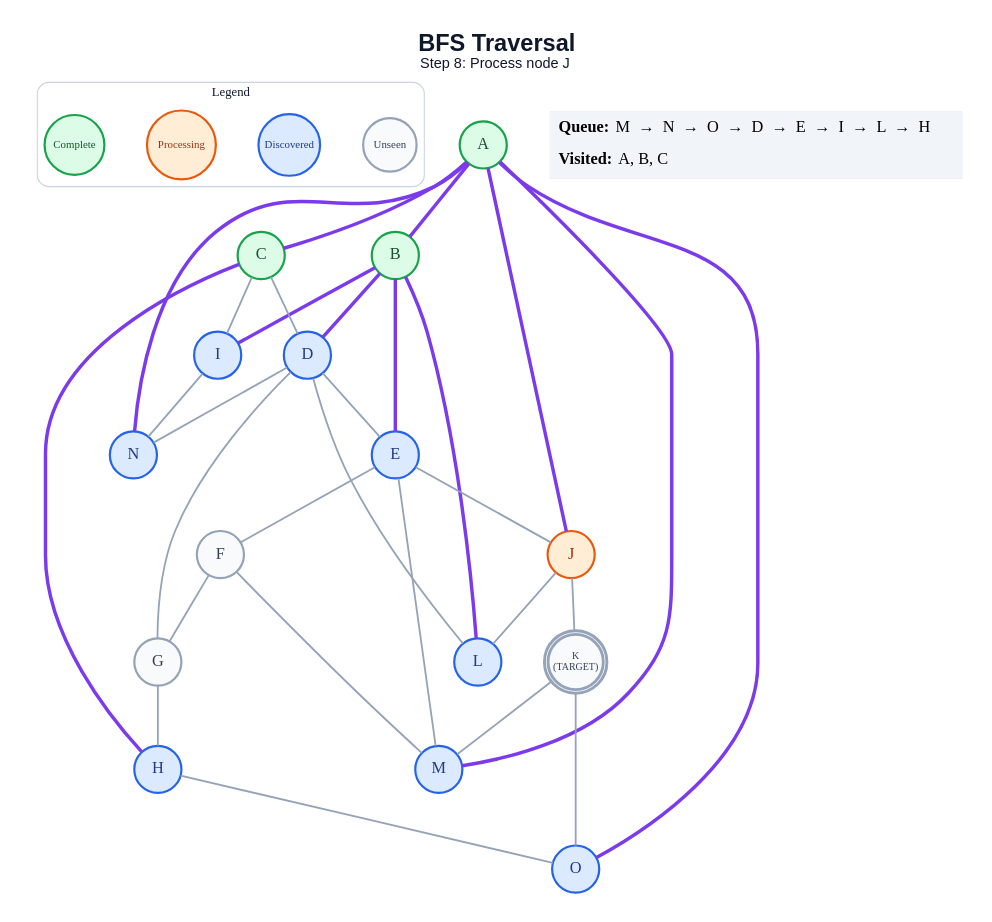
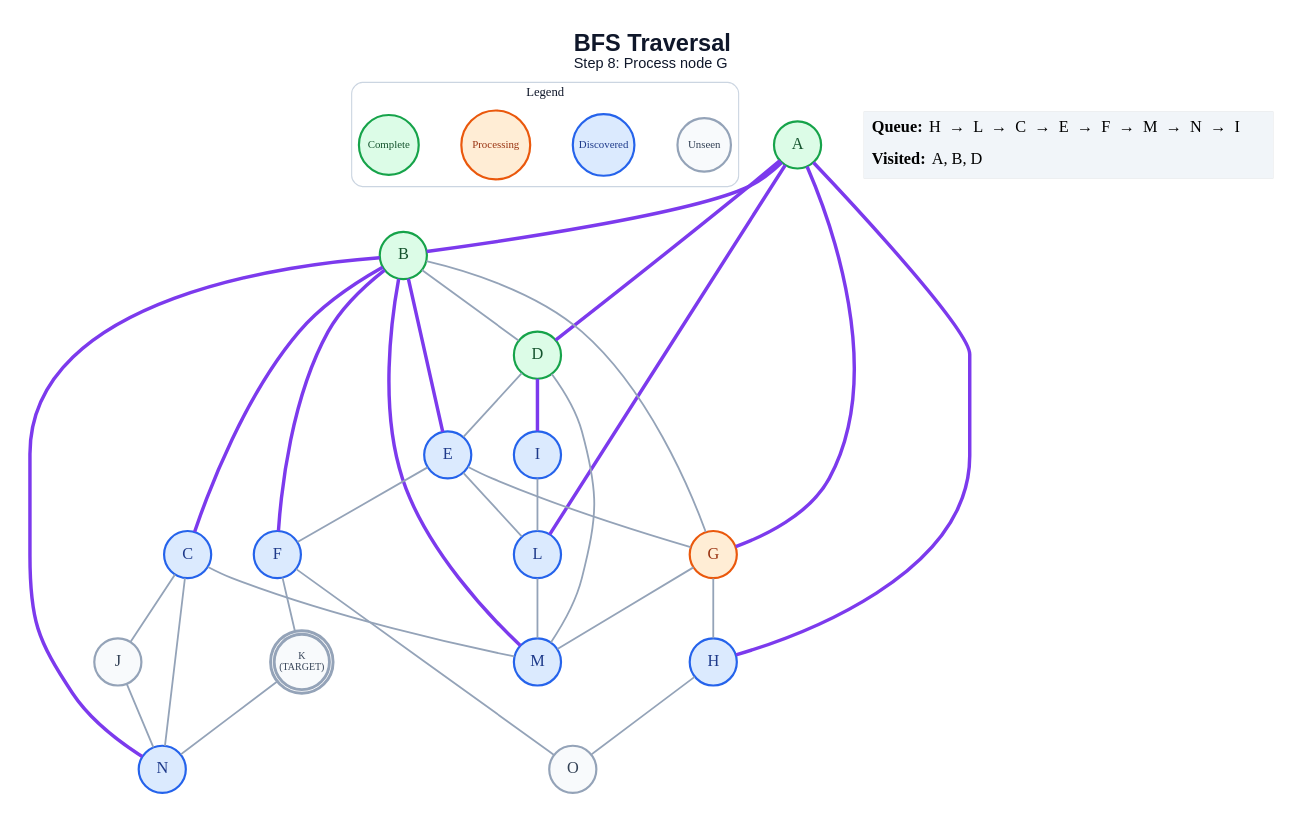
Before and after one commit to anon7238593-create/ai-slop: the diagram in generated/specific-node/bfs/step_08.dot, drawn with Graphviz. The commit also changed 328 other files, not shown here.

```diff
--- a/generated/specific-node/bfs/step_08.dot
+++ b/generated/specific-node/bfs/step_08.dot
@@ -1,63 +1,64 @@
 graph traversal {
   graph [layout=dot, rankdir=TB, bgcolor="#FFFFFF", pad="0.35", nodesep="0.65", ranksep="0.8", fontname="Arial"];
   node [shape=circle, style="filled", fontname="Arial Bold", fontsize=18, width=0.72, fixedsize=true, penwidth=2.4];
   edge [color="#94A3B8", penwidth=2.0];
-  label=<<B>BFS Traversal</B><BR/><FONT POINT-SIZE="16">Step 8: Process node J</FONT>>; labelloc="t"; fontsize=26; fontname="Arial"; fontcolor="#0F172A";
+  label=<<B>BFS Traversal</B><BR/><FONT POINT-SIZE="16">Step 8: Process node G</FONT>>; labelloc="t"; fontsize=26; fontname="Arial"; fontcolor="#0F172A";
   subgraph cluster_legend { label="Legend"; color="#CBD5E1"; penwidth=1.2; style="rounded"; fontsize=14; fontname="Arial Bold";
     key_unseen [label="Unseen", fillcolor="#F8FAFC", color="#94A3B8", fontcolor="#334155", fontsize=12, width=0.82];
     key_frontier [label="Discovered", fillcolor="#DBEAFE", color="#2563EB", fontcolor="#1E3A8A", fontsize=12, width=0.95];
     key_current [label="Processing", fillcolor="#FFEDD5", color="#EA580C", fontcolor="#9A3412", fontsize=12, width=1.05];
     key_done [label="Complete", fillcolor="#DCFCE7", color="#16A34A", fontcolor="#14532D", fontsize=12, width=0.92];
     { rank=same; key_unseen; key_frontier; key_current; key_done; }
   }
   A [label="A", fillcolor="#DCFCE7", color="#16A34A", fontcolor="#14532D", peripheries=1, penwidth=2.4];
   B [label="B", fillcolor="#DCFCE7", color="#16A34A", fontcolor="#14532D", peripheries=1, penwidth=2.4];
-  C [label="C", fillcolor="#DCFCE7", color="#16A34A", fontcolor="#14532D", peripheries=1, penwidth=2.4];
-  D [label="D", fillcolor="#DBEAFE", color="#2563EB", fontcolor="#1E3A8A", peripheries=1, penwidth=2.4];
+  C [label="C", fillcolor="#DBEAFE", color="#2563EB", fontcolor="#1E3A8A", peripheries=1, penwidth=2.4];
+  D [label="D", fillcolor="#DCFCE7", color="#16A34A", fontcolor="#14532D", peripheries=1, penwidth=2.4];
   E [label="E", fillcolor="#DBEAFE", color="#2563EB", fontcolor="#1E3A8A", peripheries=1, penwidth=2.4];
-  F [label="F", fillcolor="#F8FAFC", color="#94A3B8", fontcolor="#334155", peripheries=1, penwidth=2.4];
-  G [label="G", fillcolor="#F8FAFC", color="#94A3B8", fontcolor="#334155", peripheries=1, penwidth=2.4];
+  F [label="F", fillcolor="#DBEAFE", color="#2563EB", fontcolor="#1E3A8A", peripheries=1, penwidth=2.4];
+  G [label="G", fillcolor="#FFEDD5", color="#EA580C", fontcolor="#9A3412", peripheries=1, penwidth=2.4];
   H [label="H", fillcolor="#DBEAFE", color="#2563EB", fontcolor="#1E3A8A", peripheries=1, penwidth=2.4];
   I [label="I", fillcolor="#DBEAFE", color="#2563EB", fontcolor="#1E3A8A", peripheries=1, penwidth=2.4];
-  J [label="J", fillcolor="#FFEDD5", color="#EA580C", fontcolor="#9A3412", peripheries=1, penwidth=2.4];
+  J [label="J", fillcolor="#F8FAFC", color="#94A3B8", fontcolor="#334155", peripheries=1, penwidth=2.4];
   K [label="K\n(TARGET)", fillcolor="#F8FAFC", color="#94A3B8", fontcolor="#334155", peripheries=2, penwidth=3.2, fontsize=11, width=0.85, height=0.85];
   L [label="L", fillcolor="#DBEAFE", color="#2563EB", fontcolor="#1E3A8A", peripheries=1, penwidth=2.4];
   M [label="M", fillcolor="#DBEAFE", color="#2563EB", fontcolor="#1E3A8A", peripheries=1, penwidth=2.4];
   N [label="N", fillcolor="#DBEAFE", color="#2563EB", fontcolor="#1E3A8A", peripheries=1, penwidth=2.4];
-  O [label="O", fillcolor="#DBEAFE", color="#2563EB", fontcolor="#1E3A8A", peripheries=1, penwidth=2.4];
+  O [label="O", fillcolor="#F8FAFC", color="#94A3B8", fontcolor="#334155", peripheries=1, penwidth=2.4];
   A -- B [color="#7C3AED", penwidth=3.8];
-  A -- C [color="#7C3AED", penwidth=3.8];
-  A -- J [color="#7C3AED", penwidth=3.8];
-  A -- M [color="#7C3AED", penwidth=3.8];
-  A -- N [color="#7C3AED", penwidth=3.8];
-  A -- O [color="#7C3AED", penwidth=3.8];
-  B -- D [color="#7C3AED", penwidth=3.8];
+  A -- D [color="#7C3AED", penwidth=3.8];
+  A -- G [color="#7C3AED", penwidth=3.8];
+  A -- H [color="#7C3AED", penwidth=3.8];
+  A -- L [color="#7C3AED", penwidth=3.8];
+  B -- C [color="#7C3AED", penwidth=3.8];
+  B -- D;
   B -- E [color="#7C3AED", penwidth=3.8];
-  B -- I [color="#7C3AED", penwidth=3.8];
-  B -- L [color="#7C3AED", penwidth=3.8];
-  C -- D;
-  C -- H [color="#7C3AED", penwidth=3.8];
-  C -- I;
+  B -- F [color="#7C3AED", penwidth=3.8];
+  B -- G;
+  B -- M [color="#7C3AED", penwidth=3.8];
+  B -- N [color="#7C3AED", penwidth=3.8];
+  C -- J;
+  C -- M;
+  C -- N;
   D -- E;
-  D -- G;
-  D -- L;
-  D -- N;
+  D -- I [color="#7C3AED", penwidth=3.8];
+  D -- M;
   E -- F;
-  E -- J;
-  E -- M;
-  F -- G;
-  F -- M;
+  E -- G;
+  E -- L;
+  F -- K;
+  F -- O;
   G -- H;
+  G -- M;
   H -- O;
-  I -- N;
-  J -- K;
-  J -- L;
-  K -- M;
-  K -- O;
+  I -- L;
+  J -- N;
+  K -- N;
+  L -- M;
   status [shape=plain, fixedsize=false, width=0, height=0, margin=0, label=<
     <TABLE BORDER="0" CELLBORDER="0" CELLPADDING="7" BGCOLOR="#F1F5F9">
-      <TR><TD ALIGN="LEFT"><B>Queue:</B> M  →  N  →  O  →  D  →  E  →  I  →  L  →  H</TD></TR>
-      <TR><TD ALIGN="LEFT"><B>Visited:</B> A, B, C</TD></TR>
+      <TR><TD ALIGN="LEFT"><B>Queue:</B> H  →  L  →  C  →  E  →  F  →  M  →  N  →  I</TD></TR>
+      <TR><TD ALIGN="LEFT"><B>Visited:</B> A, B, D</TD></TR>
     </TABLE>
   >];
 }
```
